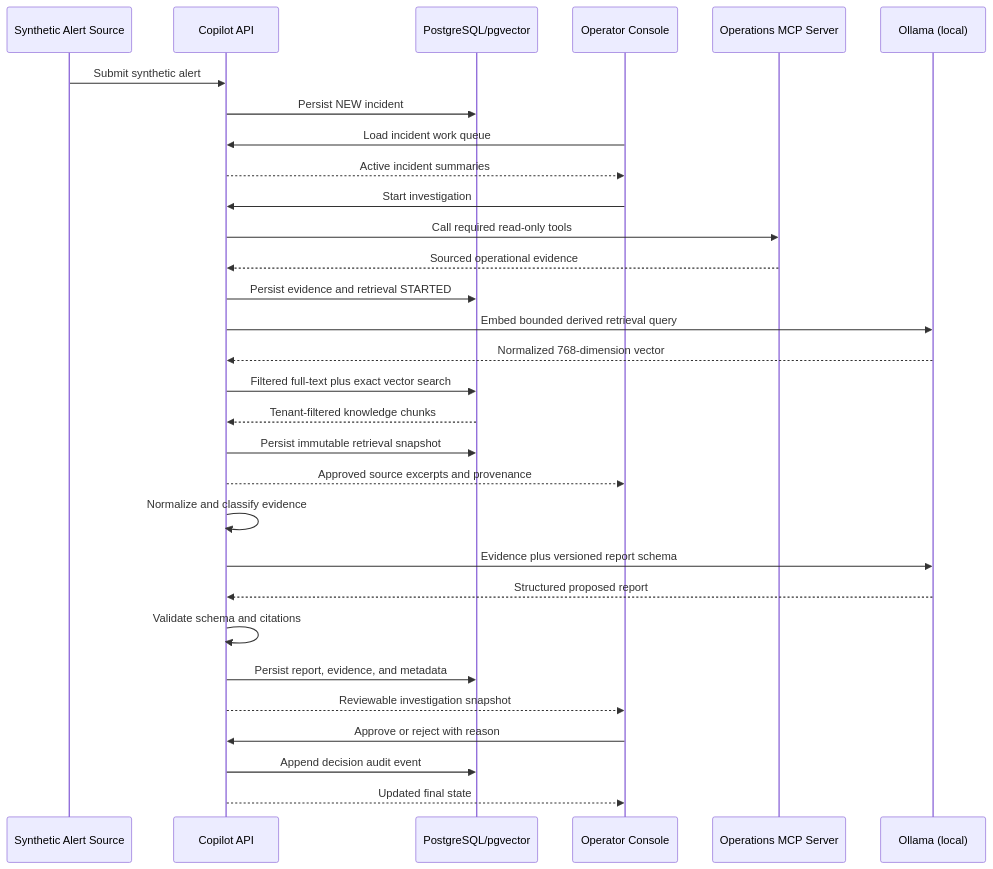
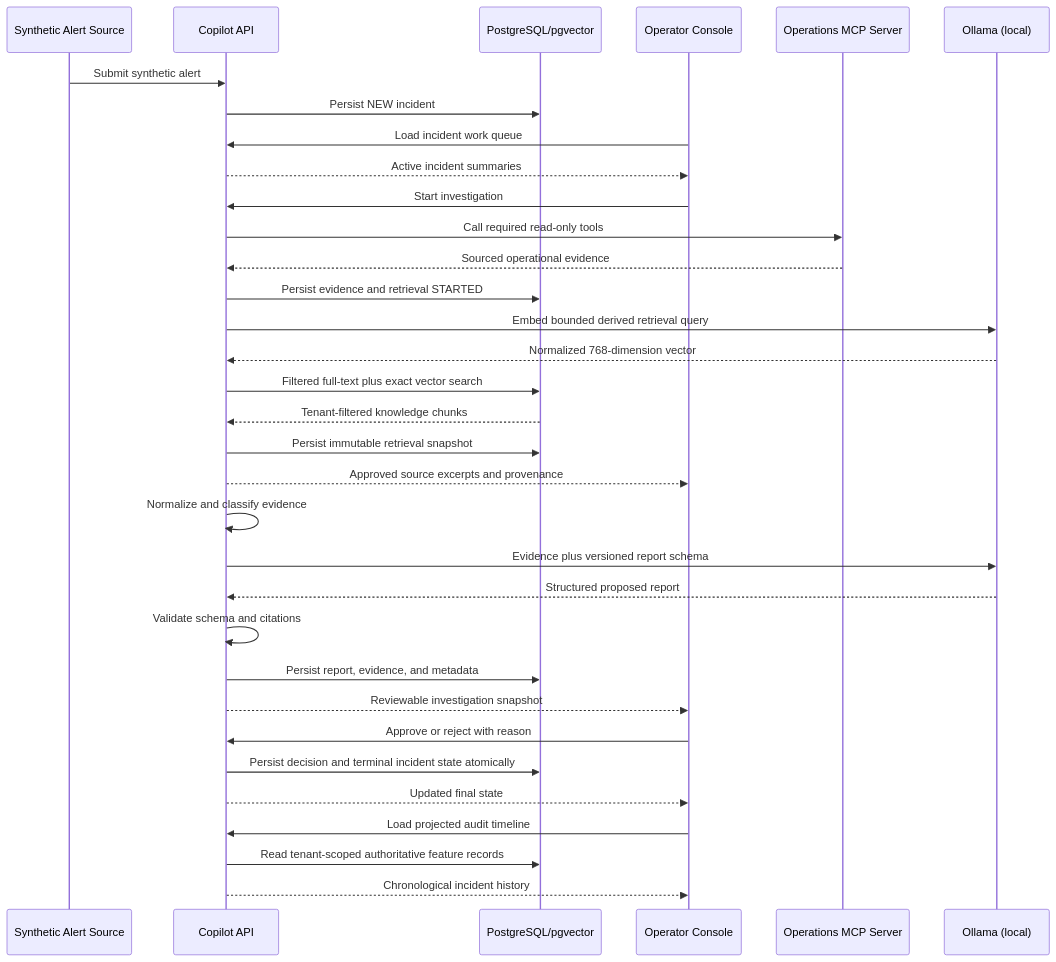
The diagram in docs/agent/ARCHITECTURE.md (cguzowski/payment-incident-copilot), drawn with Mermaid before and after one commit. The commit also changed other lines of this file and 102 other files, not shown here.

````diff
--- a/docs/agent/ARCHITECTURE.md
+++ b/docs/agent/ARCHITECTURE.md
@@ -88,33 +91,36 @@
 ```mermaid
 sequenceDiagram
     participant S as Synthetic Alert Source
     participant A as Copilot API
     participant D as PostgreSQL/pgvector
     participant U as Operator Console
     participant M as Operations MCP Server
     participant O as Ollama (local)
 
     S->>A: Submit synthetic alert
     A->>D: Persist NEW incident
     U->>A: Load incident work queue
     A-->>U: Active incident summaries
     U->>A: Start investigation
     A->>M: Call required read-only tools
     M-->>A: Sourced operational evidence
     A->>D: Persist evidence and retrieval STARTED
     A->>O: Embed bounded derived retrieval query
     O-->>A: Normalized 768-dimension vector
     A->>D: Filtered full-text plus exact vector search
     D-->>A: Tenant-filtered knowledge chunks
     A->>D: Persist immutable retrieval snapshot
     A-->>U: Approved source excerpts and provenance
     A->>A: Normalize and classify evidence
     A->>O: Evidence plus versioned report schema
     O-->>A: Structured proposed report
     A->>A: Validate schema and citations
     A->>D: Persist report, evidence, and metadata
     A-->>U: Reviewable investigation snapshot
     U->>A: Approve or reject with reason
-    A->>D: Append decision audit event
+    A->>D: Persist decision and terminal incident state atomically
     A-->>U: Updated final state
+    U->>A: Load projected audit timeline
+    A->>D: Read tenant-scoped authoritative feature records
+    A-->>U: Chronological incident history
 ```
````
